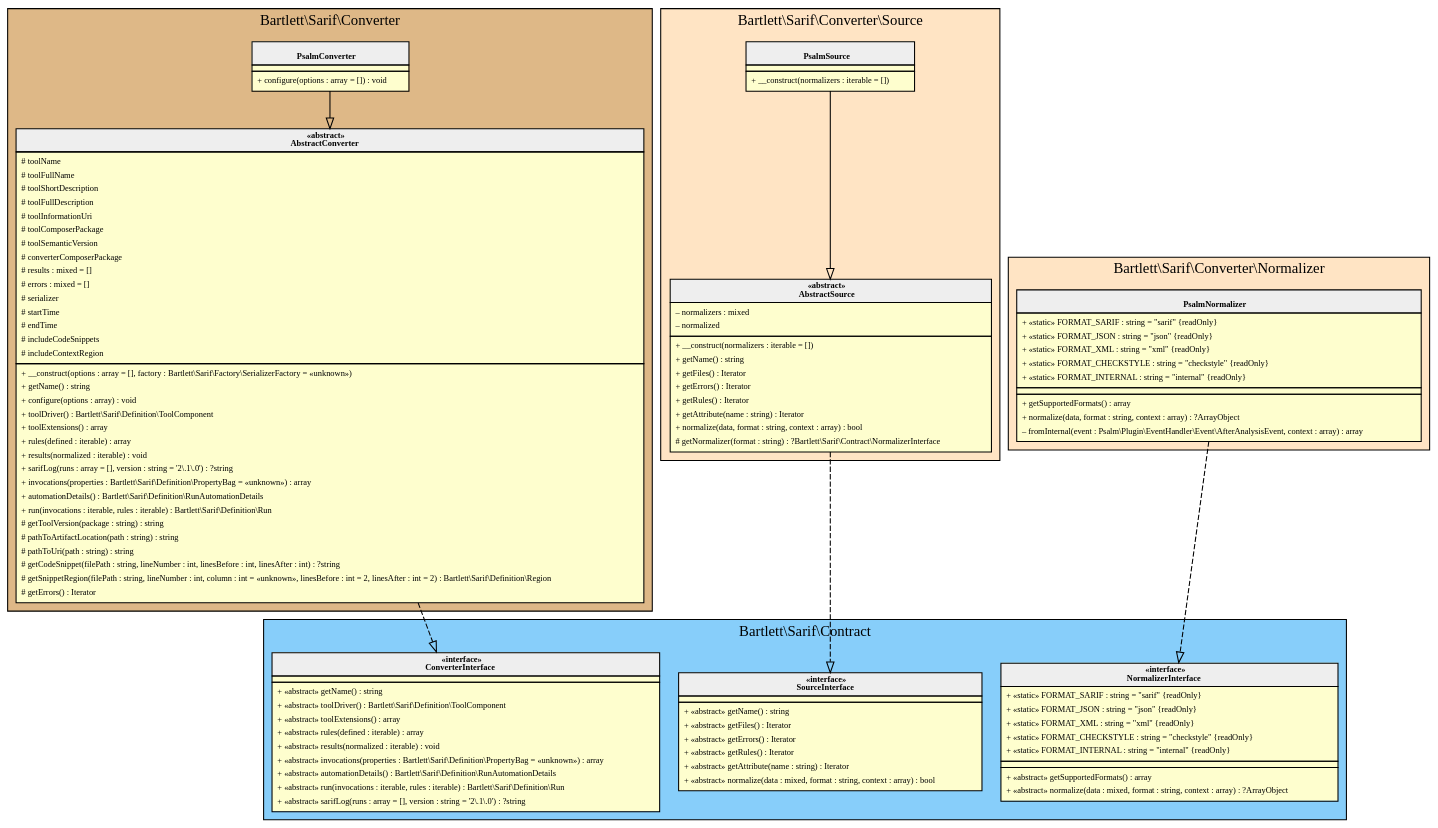
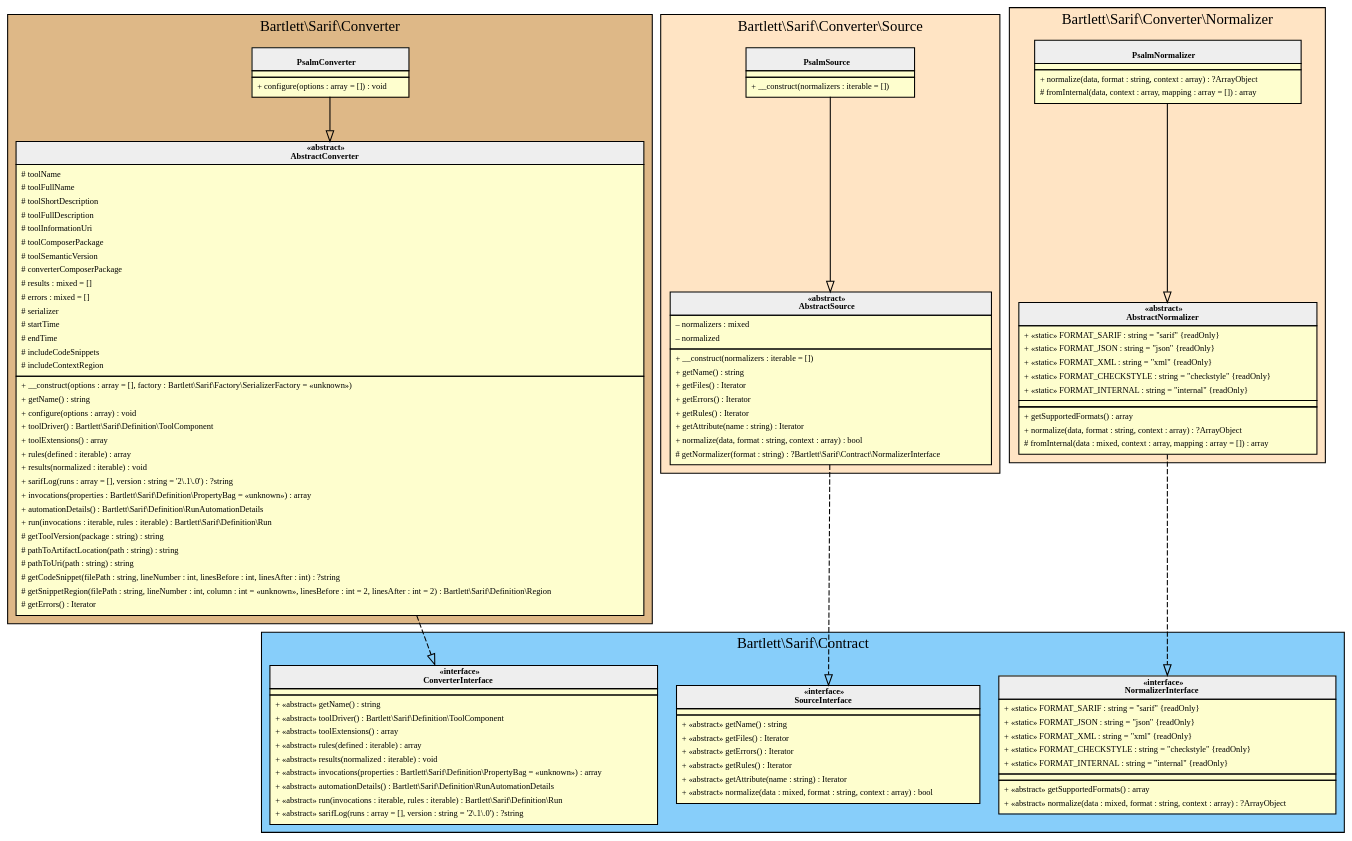
One commit to llaville/sarif-php-converters changed the diagram in 1.0/assets/images/converter-psalm.html.gv. Above: the diagram before and after it, drawn with Graphviz. The commit also changed 26 other files, not shown here.

```diff
--- a/1.0/assets/images/converter-psalm.html.gv
+++ b/1.0/assets/images/converter-psalm.html.gv
@@ -1,162 +1,172 @@
 digraph {
   graph [name="G" overlap="false" rankdir="TB" bgcolor="transparent"]
   node [fontname="Verdana" fontsize=8 shape="none" margin=0 fillcolor="#FEFECE" style="filled"]
   edge [fontname="Verdana" fontsize=8]
   subgraph cluster_0 {
     graph [bgcolor="BurlyWood"]
     label = "Bartlett\\Sarif\\Converter"
     "Bartlett\\Sarif\\Converter\\PsalmConverter" [shape="none" label=<
 <table cellspacing="0" border="0" cellborder="1">
     <tr><td bgcolor="#eeeeee"><b><br/>PsalmConverter</b></td></tr>
     <tr><td></td></tr>
     <tr><td><table border="0" cellspacing="0" cellpadding="2">
     <tr><td align="left">+ configure(options : array = []) : void</td></tr>
 </table></td></tr>
 </table>>]
     "Bartlett\\Sarif\\Converter\\AbstractConverter" [shape="none" label=<
 <table cellspacing="0" border="0" cellborder="1">
     <tr><td bgcolor="#eeeeee"><b>«abstract»<br/>AbstractConverter</b></td></tr>
     <tr><td><table border="0" cellspacing="0" cellpadding="2">
     <tr><td align="left"># toolName</td></tr>
     <tr><td align="left"># toolFullName</td></tr>
     <tr><td align="left"># toolShortDescription</td></tr>
     <tr><td align="left"># toolFullDescription</td></tr>
     <tr><td align="left"># toolInformationUri</td></tr>
     <tr><td align="left"># toolComposerPackage</td></tr>
     <tr><td align="left"># toolSemanticVersion</td></tr>
     <tr><td align="left"># converterComposerPackage</td></tr>
     <tr><td align="left"># results : mixed = []</td></tr>
     <tr><td align="left"># errors : mixed = []</td></tr>
     <tr><td align="left"># serializer</td></tr>
     <tr><td align="left"># startTime</td></tr>
     <tr><td align="left"># endTime</td></tr>
     <tr><td align="left"># includeCodeSnippets</td></tr>
     <tr><td align="left"># includeContextRegion</td></tr>
 </table></td></tr>
     <tr><td><table border="0" cellspacing="0" cellpadding="2">
     <tr><td align="left">+ __construct(options : array = [], factory : Bartlett\\Sarif\\Factory\\SerializerFactory = «unknown»)</td></tr>
     <tr><td align="left">+ getName() : string</td></tr>
     <tr><td align="left">+ configure(options : array) : void</td></tr>
     <tr><td align="left">+ toolDriver() : Bartlett\\Sarif\\Definition\\ToolComponent</td></tr>
     <tr><td align="left">+ toolExtensions() : array</td></tr>
     <tr><td align="left">+ rules(defined : iterable) : array</td></tr>
     <tr><td align="left">+ results(normalized : iterable) : void</td></tr>
     <tr><td align="left">+ sarifLog(runs : array = [], version : string = '2\.1\.0') : ?string</td></tr>
     <tr><td align="left">+ invocations(properties : Bartlett\\Sarif\\Definition\\PropertyBag = «unknown») : array</td></tr>
     <tr><td align="left">+ automationDetails() : Bartlett\\Sarif\\Definition\\RunAutomationDetails</td></tr>
     <tr><td align="left">+ run(invocations : iterable, rules : iterable) : Bartlett\\Sarif\\Definition\\Run</td></tr>
     <tr><td align="left"># getToolVersion(package : string) : string</td></tr>
     <tr><td align="left"># pathToArtifactLocation(path : string) : string</td></tr>
     <tr><td align="left"># pathToUri(path : string) : string</td></tr>
     <tr><td align="left"># getCodeSnippet(filePath : string, lineNumber : int, linesBefore : int, linesAfter : int) : ?string</td></tr>
     <tr><td align="left"># getSnippetRegion(filePath : string, lineNumber : int, column : int = «unknown», linesBefore : int = 2, linesAfter : int = 2) : Bartlett\\Sarif\\Definition\\Region</td></tr>
     <tr><td align="left"># getErrors() : Iterator</td></tr>
 </table></td></tr>
 </table>>]
   }
   subgraph cluster_1 {
     graph [bgcolor="LightSkyBlue"]
     label = "Bartlett\\Sarif\\Contract"
     "Bartlett\\Sarif\\Contract\\ConverterInterface" [shape="none" label=<
 <table cellspacing="0" border="0" cellborder="1">
     <tr><td bgcolor="#eeeeee"><b>«interface»<br/>ConverterInterface</b></td></tr>
     <tr><td></td></tr>
     <tr><td><table border="0" cellspacing="0" cellpadding="2">
     <tr><td align="left">+ «abstract» getName() : string</td></tr>
     <tr><td align="left">+ «abstract» toolDriver() : Bartlett\\Sarif\\Definition\\ToolComponent</td></tr>
     <tr><td align="left">+ «abstract» toolExtensions() : array</td></tr>
     <tr><td align="left">+ «abstract» rules(defined : iterable) : array</td></tr>
     <tr><td align="left">+ «abstract» results(normalized : iterable) : void</td></tr>
     <tr><td align="left">+ «abstract» invocations(properties : Bartlett\\Sarif\\Definition\\PropertyBag = «unknown») : array</td></tr>
     <tr><td align="left">+ «abstract» automationDetails() : Bartlett\\Sarif\\Definition\\RunAutomationDetails</td></tr>
     <tr><td align="left">+ «abstract» run(invocations : iterable, rules : iterable) : Bartlett\\Sarif\\Definition\\Run</td></tr>
     <tr><td align="left">+ «abstract» sarifLog(runs : array = [], version : string = '2\.1\.0') : ?string</td></tr>
 </table></td></tr>
 </table>>]
     "Bartlett\\Sarif\\Contract\\SourceInterface" [shape="none" label=<
 <table cellspacing="0" border="0" cellborder="1">
     <tr><td bgcolor="#eeeeee"><b>«interface»<br/>SourceInterface</b></td></tr>
     <tr><td></td></tr>
     <tr><td><table border="0" cellspacing="0" cellpadding="2">
     <tr><td align="left">+ «abstract» getName() : string</td></tr>
     <tr><td align="left">+ «abstract» getFiles() : Iterator</td></tr>
     <tr><td align="left">+ «abstract» getErrors() : Iterator</td></tr>
     <tr><td align="left">+ «abstract» getRules() : Iterator</td></tr>
     <tr><td align="left">+ «abstract» getAttribute(name : string) : Iterator</td></tr>
     <tr><td align="left">+ «abstract» normalize(data : mixed, format : string, context : array) : bool</td></tr>
 </table></td></tr>
 </table>>]
     "Bartlett\\Sarif\\Contract\\NormalizerInterface" [shape="none" label=<
 <table cellspacing="0" border="0" cellborder="1">
     <tr><td bgcolor="#eeeeee"><b>«interface»<br/>NormalizerInterface</b></td></tr>
     <tr><td><table border="0" cellspacing="0" cellpadding="2">
     <tr><td align="left">+ «static» FORMAT_SARIF : string = "sarif" {readOnly}</td></tr>
     <tr><td align="left">+ «static» FORMAT_JSON : string = "json" {readOnly}</td></tr>
     <tr><td align="left">+ «static» FORMAT_XML : string = "xml" {readOnly}</td></tr>
     <tr><td align="left">+ «static» FORMAT_CHECKSTYLE : string = "checkstyle" {readOnly}</td></tr>
     <tr><td align="left">+ «static» FORMAT_INTERNAL : string = "internal" {readOnly}</td></tr>
 </table></td></tr>
     <tr><td></td></tr>
     <tr><td><table border="0" cellspacing="0" cellpadding="2">
     <tr><td align="left">+ «abstract» getSupportedFormats() : array</td></tr>
     <tr><td align="left">+ «abstract» normalize(data : mixed, format : string, context : array) : ?ArrayObject</td></tr>
 </table></td></tr>
 </table>>]
   }
   subgraph cluster_2 {
     graph [bgcolor="Bisque"]
     label = "Bartlett\\Sarif\\Converter\\Source"
     "Bartlett\\Sarif\\Converter\\Source\\PsalmSource" [shape="none" label=<
 <table cellspacing="0" border="0" cellborder="1">
     <tr><td bgcolor="#eeeeee"><b><br/>PsalmSource</b></td></tr>
     <tr><td></td></tr>
     <tr><td><table border="0" cellspacing="0" cellpadding="2">
     <tr><td align="left">+ __construct(normalizers : iterable = [])</td></tr>
 </table></td></tr>
 </table>>]
     "Bartlett\\Sarif\\Converter\\Source\\AbstractSource" [shape="none" label=<
 <table cellspacing="0" border="0" cellborder="1">
     <tr><td bgcolor="#eeeeee"><b>«abstract»<br/>AbstractSource</b></td></tr>
     <tr><td><table border="0" cellspacing="0" cellpadding="2">
     <tr><td align="left">– normalizers : mixed</td></tr>
     <tr><td align="left">– normalized</td></tr>
 </table></td></tr>
     <tr><td><table border="0" cellspacing="0" cellpadding="2">
     <tr><td align="left">+ __construct(normalizers : iterable = [])</td></tr>
     <tr><td align="left">+ getName() : string</td></tr>
     <tr><td align="left">+ getFiles() : Iterator</td></tr>
     <tr><td align="left">+ getErrors() : Iterator</td></tr>
     <tr><td align="left">+ getRules() : Iterator</td></tr>
     <tr><td align="left">+ getAttribute(name : string) : Iterator</td></tr>
     <tr><td align="left">+ normalize(data, format : string, context : array) : bool</td></tr>
     <tr><td align="left"># getNormalizer(format : string) : ?Bartlett\\Sarif\\Contract\\NormalizerInterface</td></tr>
 </table></td></tr>
 </table>>]
   }
   subgraph cluster_3 {
     graph [bgcolor="Bisque"]
     label = "Bartlett\\Sarif\\Converter\\Normalizer"
     "Bartlett\\Sarif\\Converter\\Normalizer\\PsalmNormalizer" [shape="none" label=<
 <table cellspacing="0" border="0" cellborder="1">
     <tr><td bgcolor="#eeeeee"><b><br/>PsalmNormalizer</b></td></tr>
+    <tr><td></td></tr>
+    <tr><td><table border="0" cellspacing="0" cellpadding="2">
+    <tr><td align="left">+ normalize(data, format : string, context : array) : ?ArrayObject</td></tr>
+    <tr><td align="left"># fromInternal(data, context : array, mapping : array = []) : array</td></tr>
+</table></td></tr>
+</table>>]
+    "Bartlett\\Sarif\\Converter\\Normalizer\\AbstractNormalizer" [shape="none" label=<
+<table cellspacing="0" border="0" cellborder="1">
+    <tr><td bgcolor="#eeeeee"><b>«abstract»<br/>AbstractNormalizer</b></td></tr>
     <tr><td><table border="0" cellspacing="0" cellpadding="2">
     <tr><td align="left">+ «static» FORMAT_SARIF : string = "sarif" {readOnly}</td></tr>
     <tr><td align="left">+ «static» FORMAT_JSON : string = "json" {readOnly}</td></tr>
     <tr><td align="left">+ «static» FORMAT_XML : string = "xml" {readOnly}</td></tr>
     <tr><td align="left">+ «static» FORMAT_CHECKSTYLE : string = "checkstyle" {readOnly}</td></tr>
     <tr><td align="left">+ «static» FORMAT_INTERNAL : string = "internal" {readOnly}</td></tr>
 </table></td></tr>
     <tr><td></td></tr>
     <tr><td><table border="0" cellspacing="0" cellpadding="2">
     <tr><td align="left">+ getSupportedFormats() : array</td></tr>
     <tr><td align="left">+ normalize(data, format : string, context : array) : ?ArrayObject</td></tr>
-    <tr><td align="left">– fromInternal(event : Psalm\\Plugin\\EventHandler\\Event\\AfterAnalysisEvent, context : array) : array</td></tr>
+    <tr><td align="left"># fromInternal(data : mixed, context : array, mapping : array = []) : array</td></tr>
 </table></td></tr>
 </table>>]
   }
   "Bartlett\\Sarif\\Converter\\AbstractConverter" -> "Bartlett\\Sarif\\Contract\\ConverterInterface" [arrowhead="empty" style="dashed"]
   "Bartlett\\Sarif\\Converter\\PsalmConverter" -> "Bartlett\\Sarif\\Converter\\AbstractConverter" [arrowhead="empty" style="filled"]
   "Bartlett\\Sarif\\Converter\\Source\\AbstractSource" -> "Bartlett\\Sarif\\Contract\\SourceInterface" [arrowhead="empty" style="dashed"]
   "Bartlett\\Sarif\\Converter\\Source\\PsalmSource" -> "Bartlett\\Sarif\\Converter\\Source\\AbstractSource" [arrowhead="empty" style="filled"]
-  "Bartlett\\Sarif\\Converter\\Normalizer\\PsalmNormalizer" -> "Bartlett\\Sarif\\Contract\\NormalizerInterface" [arrowhead="empty" style="dashed"]
+  "Bartlett\\Sarif\\Converter\\Normalizer\\AbstractNormalizer" -> "Bartlett\\Sarif\\Contract\\NormalizerInterface" [arrowhead="empty" style="dashed"]
+  "Bartlett\\Sarif\\Converter\\Normalizer\\PsalmNormalizer" -> "Bartlett\\Sarif\\Converter\\Normalizer\\AbstractNormalizer" [arrowhead="empty" style="filled"]
 }
```
